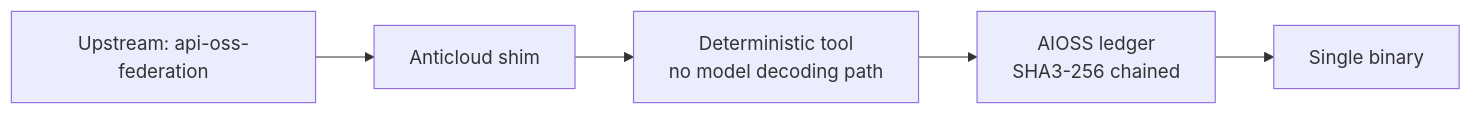
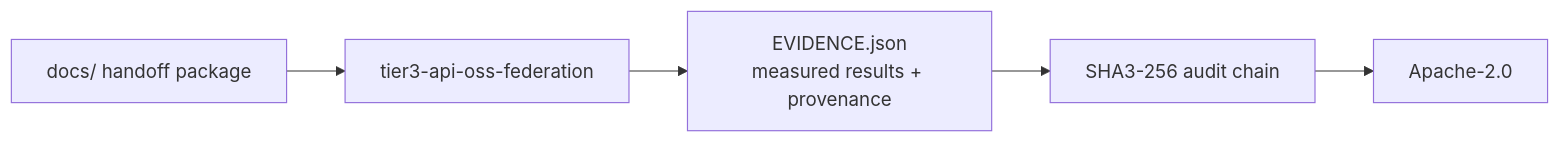
The diagram in README.md (the-anticloud/tier3-api-oss-federation), drawn with Mermaid before and after one commit. The commit also changed other lines of this file and 10 other files, not shown here.

````diff
--- a/README.md
+++ b/README.md
@@ -11,7 +22,7 @@
 ```mermaid
 graph LR
-    U[Upstream: api-oss-federation] --> S[Anticloud shim]
-    S --> T[Deterministic tool<br/>no model decoding path]
-    T --> A[AIOSS ledger<br/>SHA3-256 chained]
-    A --> B[Single binary]
+    D[docs/ handoff package] --> R[tier3-api-oss-federation]
+    R --> E[EVIDENCE.json\nmeasured results + provenance]
+    E --> A[SHA3-256 audit chain]
+    A --> L[Apache-2.0]
 ```
````
